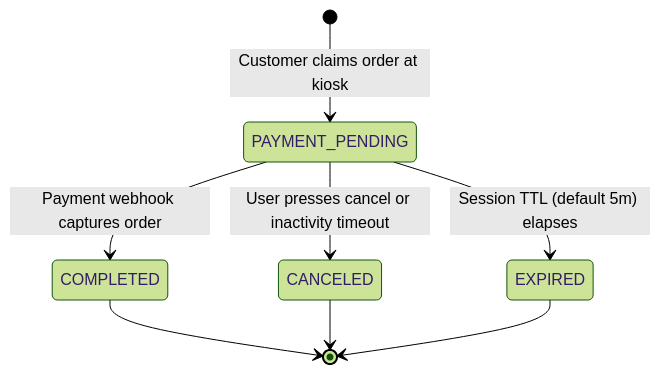
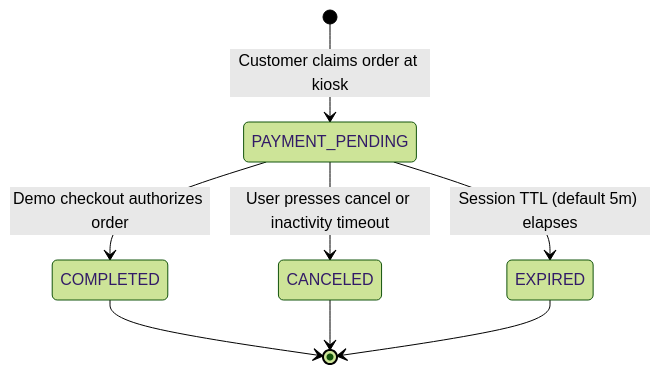
One commit to Shaabas/XeroxGo changed the fourth of 6 diagrams in docs/architecture/overview.md. Above: the diagram before and after it, drawn with Mermaid (forest theme). The commit also changed other lines of this file and 2 other files, not shown here.

Commit message:
docs(payment): describe one demo checkout and simulated refund lifecycle

````diff
--- a/docs/architecture/overview.md
+++ b/docs/architecture/overview.md
@@ -244,10 +237,10 @@
 ```mermaid
 stateDiagram-v2
     [*] --> PAYMENT_PENDING: Customer claims order at kiosk
-    PAYMENT_PENDING --> COMPLETED: Payment webhook captures order
+    PAYMENT_PENDING --> COMPLETED: Demo checkout authorizes order
     PAYMENT_PENDING --> CANCELED: User presses cancel or inactivity timeout
     PAYMENT_PENDING --> EXPIRED: Session TTL (default 5m) elapses
     COMPLETED --> [*]
     CANCELED --> [*]
     EXPIRED --> [*]
 ```
````
